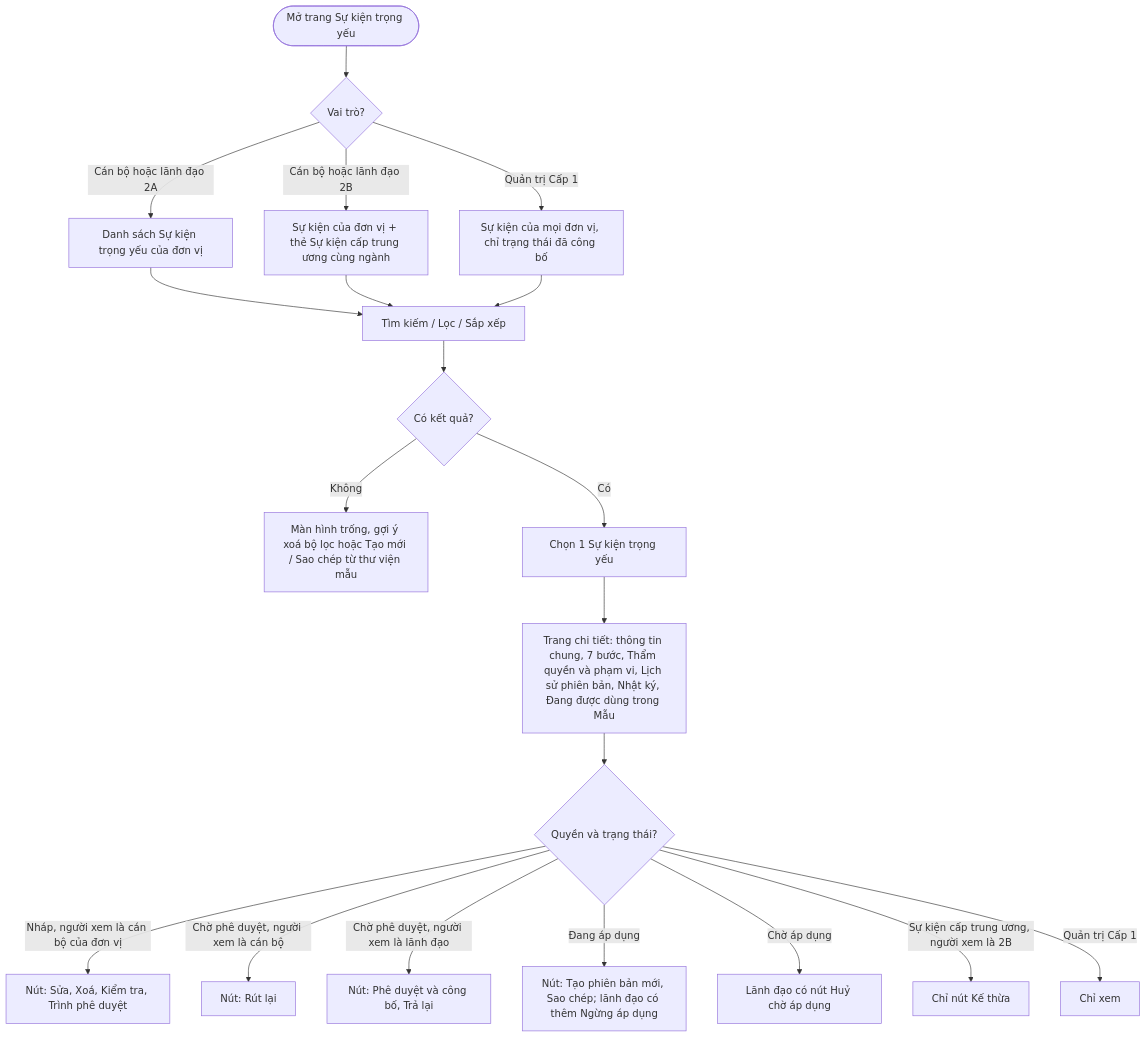
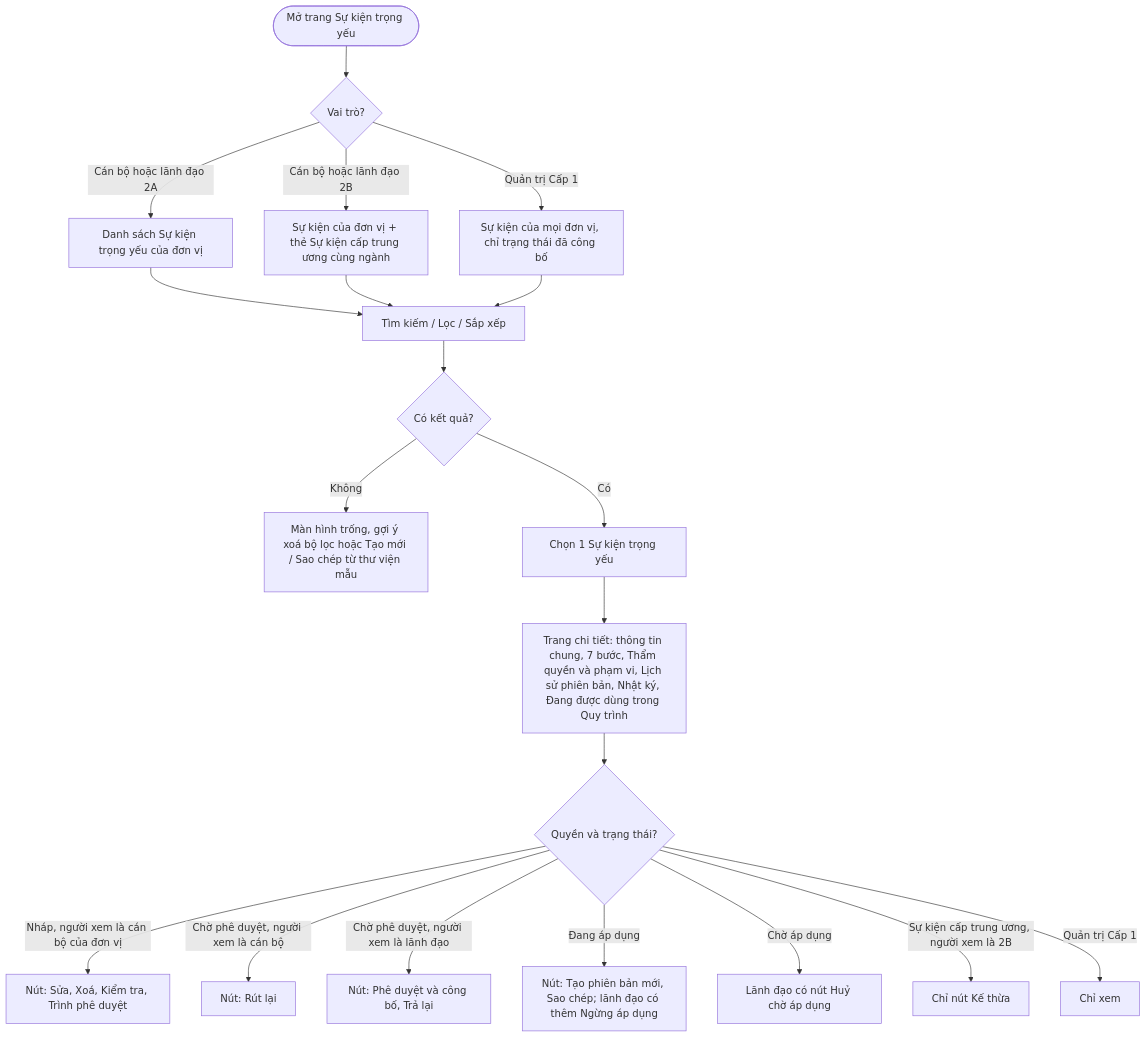
One commit to cuongnh-rd/ndatrace-attp changed the sixth of 17 diagrams in docs/prd/PRD-Xay-dung-Su-kien-trong-yeu.md. Above: the diagram before and after it, drawn with Mermaid. The commit also changed other lines of this file and 17 other files, not shown here.

First line of the commit message:
docs: đổi tên Mẫu sự kiện trọng yếu thành Quy trình truy xuất tiêu chuẩn theo Nghị định

````diff
--- a/docs/prd/PRD-Xay-dung-Su-kien-trong-yeu.md
+++ b/docs/prd/PRD-Xay-dung-Su-kien-trong-yeu.md
@@ -679,22 +679,22 @@
 ```mermaid
 flowchart TD
     A([Mở trang Sự kiện trọng yếu]) --> B{Vai trò?}
     B -- Cán bộ hoặc lãnh đạo 2A --> C[Danh sách Sự kiện trọng yếu của đơn vị]
     B -- Cán bộ hoặc lãnh đạo 2B --> D[Sự kiện của đơn vị + thẻ Sự kiện cấp trung ương cùng ngành]
     B -- Quản trị Cấp 1 --> E[Sự kiện của mọi đơn vị, chỉ trạng thái đã công bố]
     C --> F[Tìm kiếm / Lọc / Sắp xếp]
     D --> F
     E --> F
     F --> G{Có kết quả?}
     G -- Không --> H[Màn hình trống, gợi ý xoá bộ lọc hoặc Tạo mới / Sao chép từ thư viện mẫu]
     G -- Có --> I[Chọn 1 Sự kiện trọng yếu]
-    I --> J[Trang chi tiết: thông tin chung, 7 bước, Thẩm quyền và phạm vi, Lịch sử phiên bản, Nhật ký, Đang được dùng trong Mẫu]
+    I --> J[Trang chi tiết: thông tin chung, 7 bước, Thẩm quyền và phạm vi, Lịch sử phiên bản, Nhật ký, Đang được dùng trong Quy trình]
     J --> K{Quyền và trạng thái?}
     K -- Nháp, người xem là cán bộ của đơn vị --> L[Nút: Sửa, Xoá, Kiểm tra, Trình phê duyệt]
     K -- Chờ phê duyệt, người xem là cán bộ --> L2[Nút: Rút lại]
     K -- Chờ phê duyệt, người xem là lãnh đạo --> L3[Nút: Phê duyệt và công bố, Trả lại]
     K -- Đang áp dụng --> M[Nút: Tạo phiên bản mới, Sao chép; lãnh đạo có thêm Ngừng áp dụng]
     K -- Chờ áp dụng --> N[Lãnh đạo có nút Huỷ chờ áp dụng]
     K -- Sự kiện cấp trung ương, người xem là 2B --> O[Chỉ nút Kế thừa]
     K -- Quản trị Cấp 1 --> P[Chỉ xem]
 ```
````
